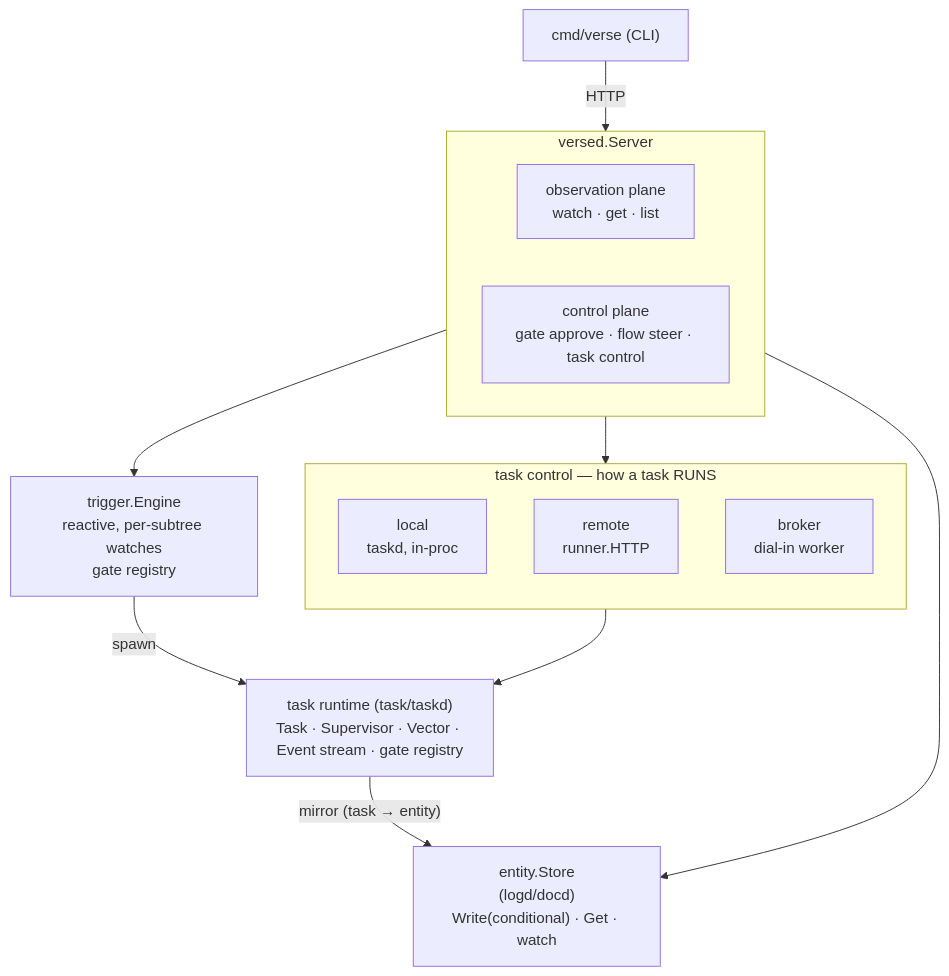
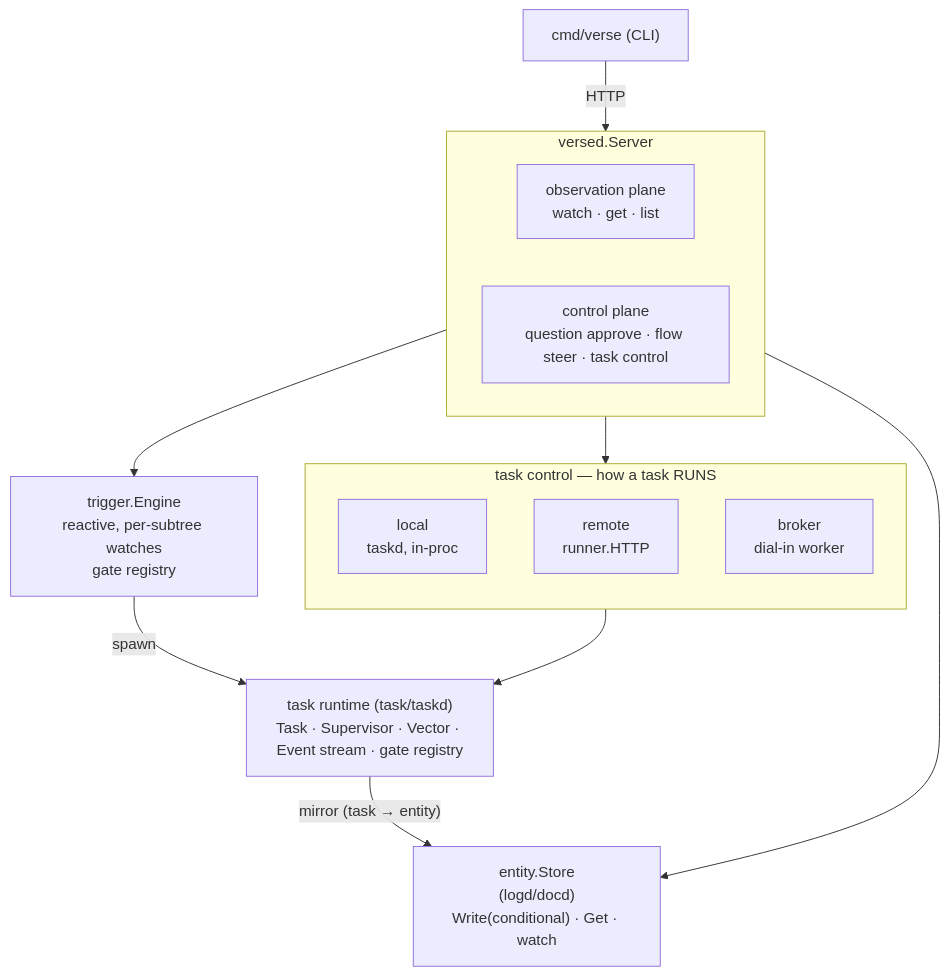
One commit to signadot/viff changed the diagram in docs/platform/architecture.md. Above: the diagram before and after it, drawn with Mermaid. The commit also changed other lines of this file and 229 other files, not shown here.

````diff
--- a/docs/platform/architecture.md
+++ b/docs/platform/architecture.md
@@ -10,30 +10,30 @@
 ```mermaid
 flowchart TB
   cli["cmd/verse (CLI)"]
 
   subgraph versed["versed.Server"]
     direction LR
     obs["observation plane<br/>watch · get · list"]
-    ctl["control plane<br/>gate approve · flow steer · task control"]
+    ctl["control plane<br/>question approve · flow steer · task control"]
   end
 
   store["entity.Store<br/>(logd/docd)<br/>Write(conditional) · Get · watch"]
   trig["trigger.Engine<br/>reactive, per-subtree watches<br/>gate registry"]
 
   subgraph run["task control — how a task RUNS"]
     direction TB
     local["local<br/>taskd, in-proc"]
     remote["remote<br/>runner.HTTP"]
     broker["broker<br/>dial-in worker"]
   end
 
   rt["task runtime (task/taskd)<br/>Task · Supervisor · Vector · Event stream · gate registry"]
 
   cli -->|"HTTP"| versed
   obs --> store
   ctl --> trig
   ctl --> run
   trig -->|"spawn"| rt
   run --> rt
   rt -->|"mirror (task → entity)"| store
 ```
````
